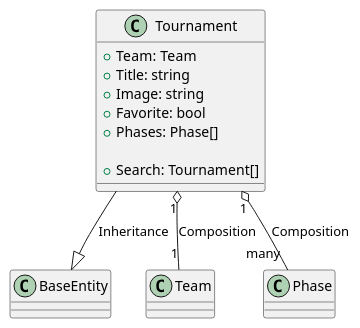
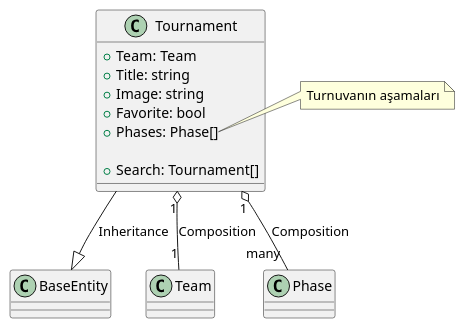
One commit to evrendev/sport-club changed the diagram in uml/Tournament/Tournament.puml. Above: the diagram before and after it, drawn with PlantUML. The commit also changed 4 other files, not shown here.

```diff
--- a/uml/Tournament/Tournament.puml
+++ b/uml/Tournament/Tournament.puml
@@ -1,17 +1,21 @@
 @startuml Tournament Class Diagram
 
 class Tournament {
     + Team: Team
     + Title: string
     + Image: string
     + Favorite: bool
     + Phases: Phase[]
 
     + Search: Tournament[]
 }
 
 Tournament --|> BaseEntity: Inheritance
 Tournament "1" o-- "1" Team: Composition
 Tournament "1" o-- "many" Phase: Composition
 
+note right of Tournament::Phases
+Turnuvanın aşamaları
+end note
+
 @enduml
```
